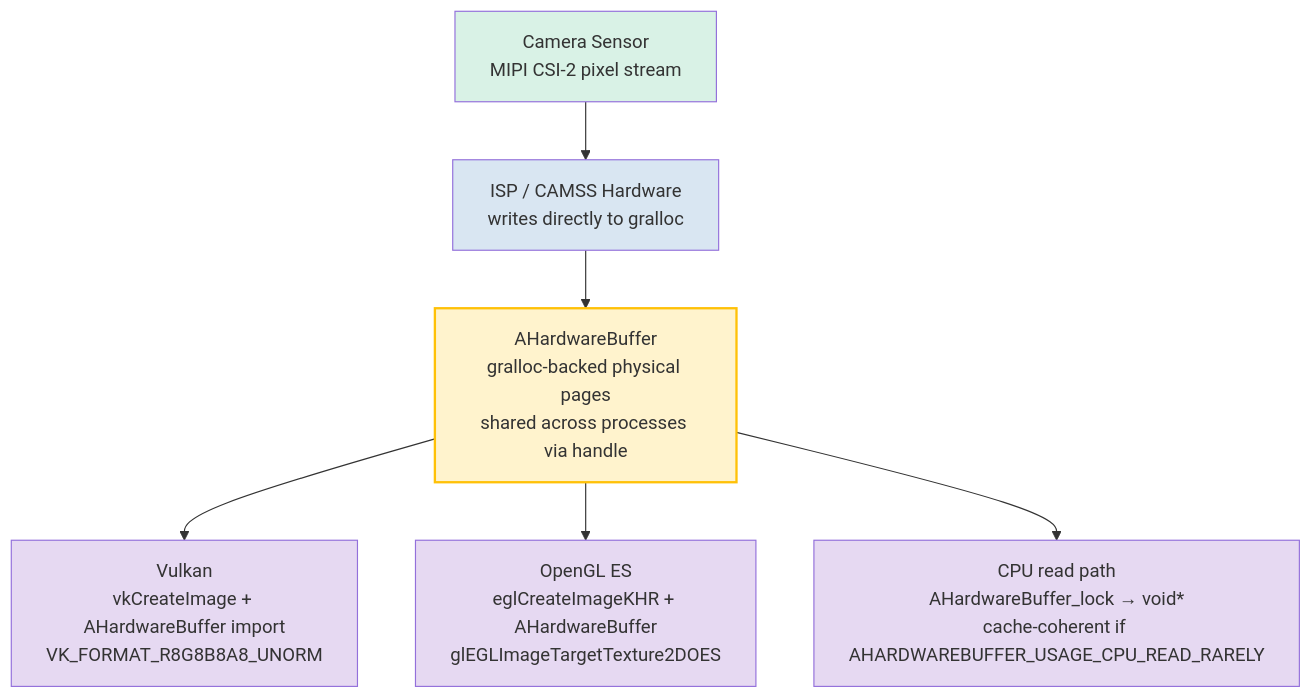
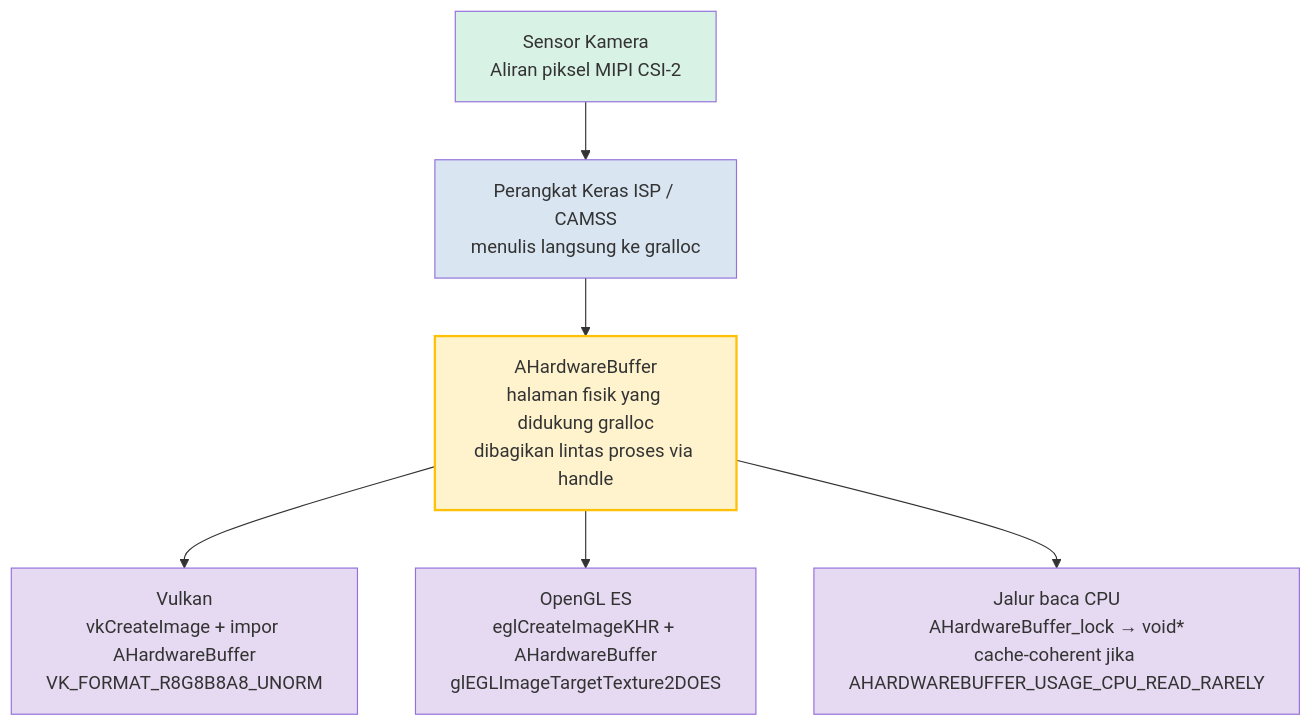
One commit to zoozooll/AndroidCameraParameters changed the diagram in website/i18n/id/docusaurus-plugin-content-docs/current/camera2/native-camera-development.md. Above: the diagram before and after it, drawn with Mermaid. The commit also changed other lines of this file and 378 other files, not shown here.

Commit message:
Update Android Camera Parameters repository links across localized Camera2 documentation

````diff
--- a/website/i18n/id/docusaurus-plugin-content-docs/current/camera2/native-camera-development.md
+++ b/website/i18n/id/docusaurus-plugin-content-docs/current/camera2/native-camera-development.md
@@ -177,15 +177,15 @@
 ```mermaid
 graph TB
-    A[Camera Sensor<br/>MIPI CSI-2 pixel stream] --> B[ISP / CAMSS Hardware<br/>writes directly to gralloc]
-    B --> C[AHardwareBuffer<br/>gralloc-backed physical pages<br/>shared across processes via handle]
-    C --> D1[Vulkan<br/>vkCreateImage + AHardwareBuffer import<br/>VK_FORMAT_R8G8B8A8_UNORM]
+    A["Sensor Kamera<br/>Aliran piksel MIPI CSI-2"] --> B["Perangkat Keras ISP / CAMSS<br/>menulis langsung ke gralloc"]
+    B --> C[AHardwareBuffer<br/>halaman fisik yang didukung gralloc<br/>dibagikan lintas proses via handle]
+    C --> D1[Vulkan<br/>vkCreateImage + impor AHardwareBuffer<br/>VK_FORMAT_R8G8B8A8_UNORM]
     C --> D2[OpenGL ES<br/>eglCreateImageKHR + AHardwareBuffer<br/>glEGLImageTargetTexture2DOES]
-    C --> D3[CPU read path<br/>AHardwareBuffer_lock → void*<br/>cache-coherent if AHARDWAREBUFFER_USAGE_CPU_READ_RARELY]
+    C --> D3[Jalur baca CPU<br/>AHardwareBuffer_lock → void*<br/>cache-coherent jika AHARDWAREBUFFER_USAGE_CPU_READ_RARELY]
 
     style A fill:#d9f2e6
     style B fill:#d9e6f2
     style C fill:#fff3cd,stroke:#ffc107,stroke-width:2px
     style D1 fill:#e6d9f2
     style D2 fill:#e6d9f2
     style D3 fill:#e6d9f2
 ```
````
